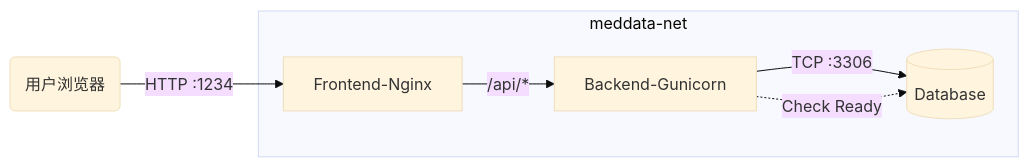
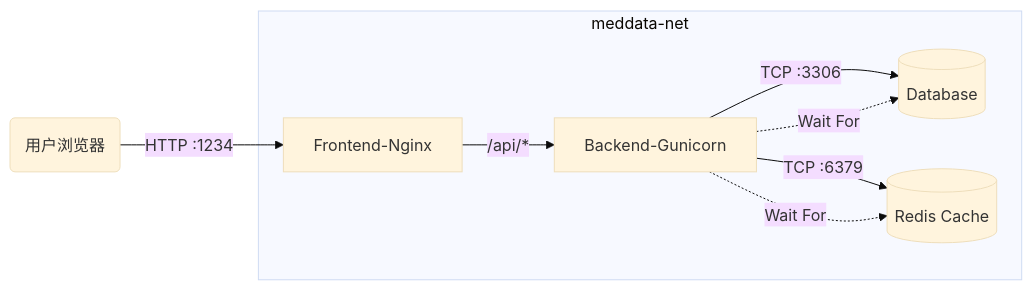
One commit to heavey0027/meddata-hub changed the diagram in docs/DOCKER_CONFIG.md. Above: the diagram before and after it, drawn with Mermaid (base theme). The commit also changed other lines of this file, not shown here.

````diff
--- a/docs/DOCKER_CONFIG.md
+++ b/docs/DOCKER_CONFIG.md
@@ -19,11 +20,13 @@
 ```mermaid
 graph LR
     User(用户浏览器) -- HTTP :1234 --> Nginx[Frontend-Nginx]
     
     subgraph Docker_Network [meddata-net]
         Nginx -- /api/* --> Backend[Backend-Gunicorn]
         Backend -- TCP :3306 --> MySQL[(Database)]
+        Backend -- TCP :6379 --> Redis[(Redis Cache)]
     end
     
-    Backend -.->|Check Ready| MySQL
+    Backend -.->|Wait For| MySQL
+    Backend -.->|Wait For| Redis
 ```
````
